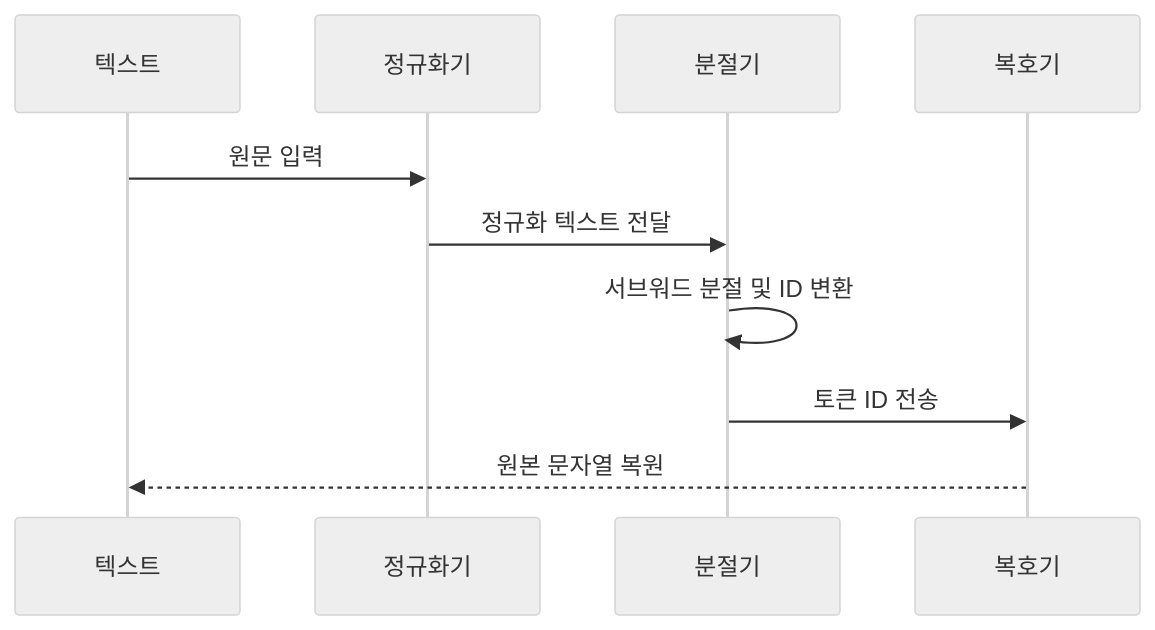
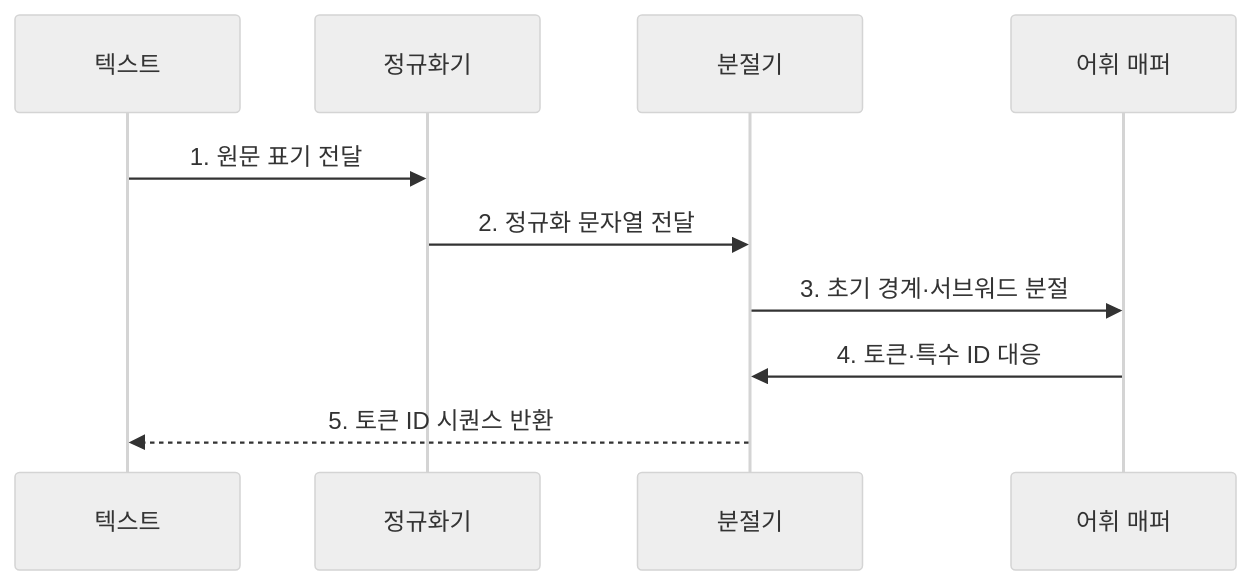
Before and after one commit to agnusdei1207/knowledge-base: the second of 2 diagrams in src/content/docs/notes/08-latest-tech/032_tokenization.md, drawn with Mermaid (neutral theme). The commit also changed other lines of this file and 26 other files, not shown here.

````diff
--- a/src/content/docs/notes/08-latest-tech/032_tokenization.md
+++ b/src/content/docs/notes/08-latest-tech/032_tokenization.md
@@ -73,12 +74,12 @@
 ```mermaid
 sequenceDiagram
     participant T as 텍스트
     participant N as 정규화기
     participant S as 분절기
-    participant D as 복호기
-    T->>N: 원문 입력
-    N->>S: 정규화 텍스트 전달
-    S->>S: 서브워드 분절 및 ID 변환
-    S->>D: 토큰 ID 전송
-    D-->>T: 원본 문자열 복원
+    participant V as 어휘 매퍼
+    T->>N: 1. 원문 표기 전달
+    N->>S: 2. 정규화 문자열 전달
+    S->>V: 3. 초기 경계·서브워드 분절
+    V->>S: 4. 토큰·특수 ID 대응
+    S-->>T: 5. 토큰 ID 시퀀스 반환
 ```
````
